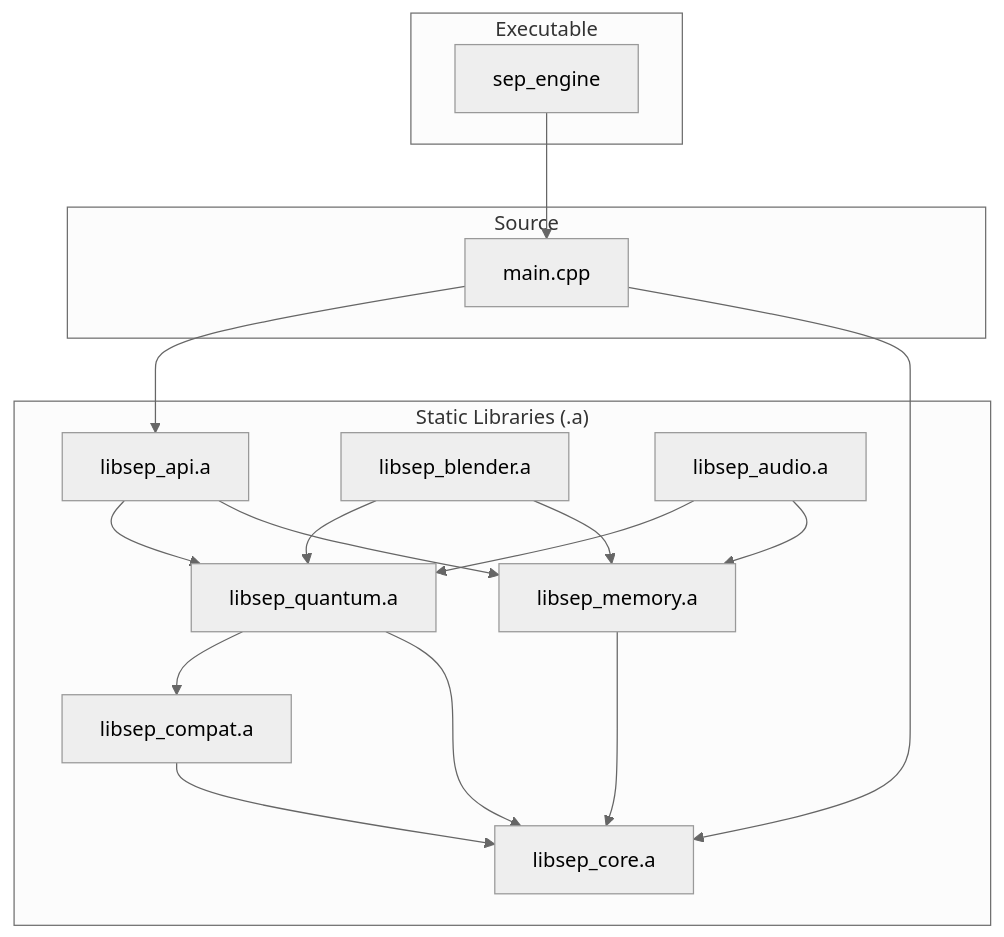
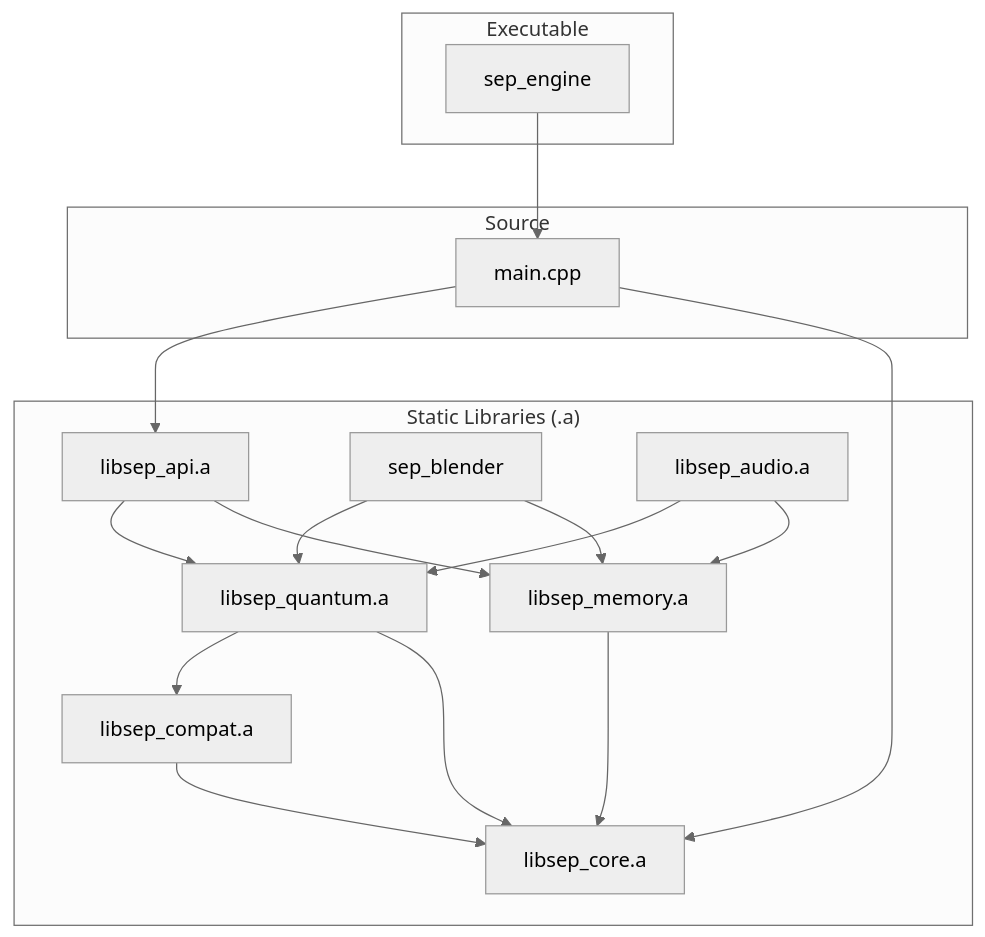
One commit to SepDynamics/sep changed the second of 9 diagrams in docs/ARCHITECTURE.md. Above: the diagram before and after it, drawn with Mermaid (neutral theme). The commit also changed other lines of this file, not shown here.

Commit message:
docs: update blender library references

````diff
--- a/docs/ARCHITECTURE.md
+++ b/docs/ARCHITECTURE.md
@@ -132,36 +132,36 @@
 ```mermaid
 graph TD
     subgraph Executable
         exe[sep_engine]
     end
 
     subgraph Source
         main[main.cpp]
     end
 
     subgraph "Static Libraries (.a)"
         api[libsep_api.a]
-        blender[libsep_blender.a]
+        blender[sep_blender]
         audio[libsep_audio.a]
         quantum[libsep_quantum.a]
         memory[libsep_memory.a]
         compat[libsep_compat.a]
         core[libsep_core.a]
     end
 
     exe --> main
     main --> api
     main --> core
 
     api --> quantum
     api --> memory
     blender --> quantum
     blender --> memory
     audio --> quantum
     audio --> memory
 
     quantum --> compat
     quantum --> core
     memory --> core
     compat --> core
 ```
````
